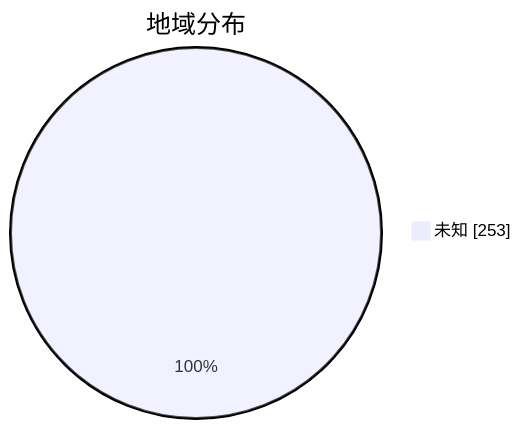
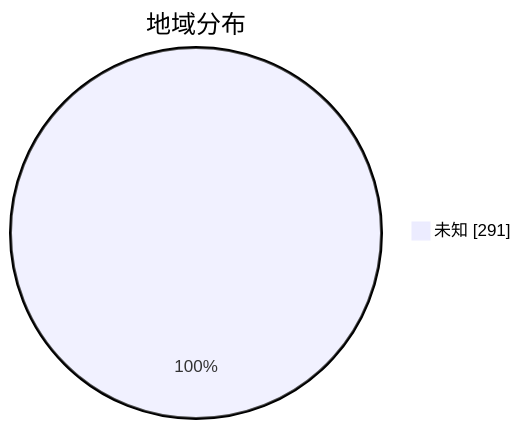
One commit to qjlxg/airport changed the second of 3 diagrams in subs/statistics/tested_within.md. Above: the diagram before and after it, drawn with Mermaid. The commit also changed other lines of this file and 2 other files, not shown here.

````diff
--- a/subs/statistics/tested_within.md
+++ b/subs/statistics/tested_within.md
@@ -13,5 +14,5 @@
 ```mermaid
 pie showData
 title 地域分布
-"未知" : 253
+"未知" : 291
 ```
````
